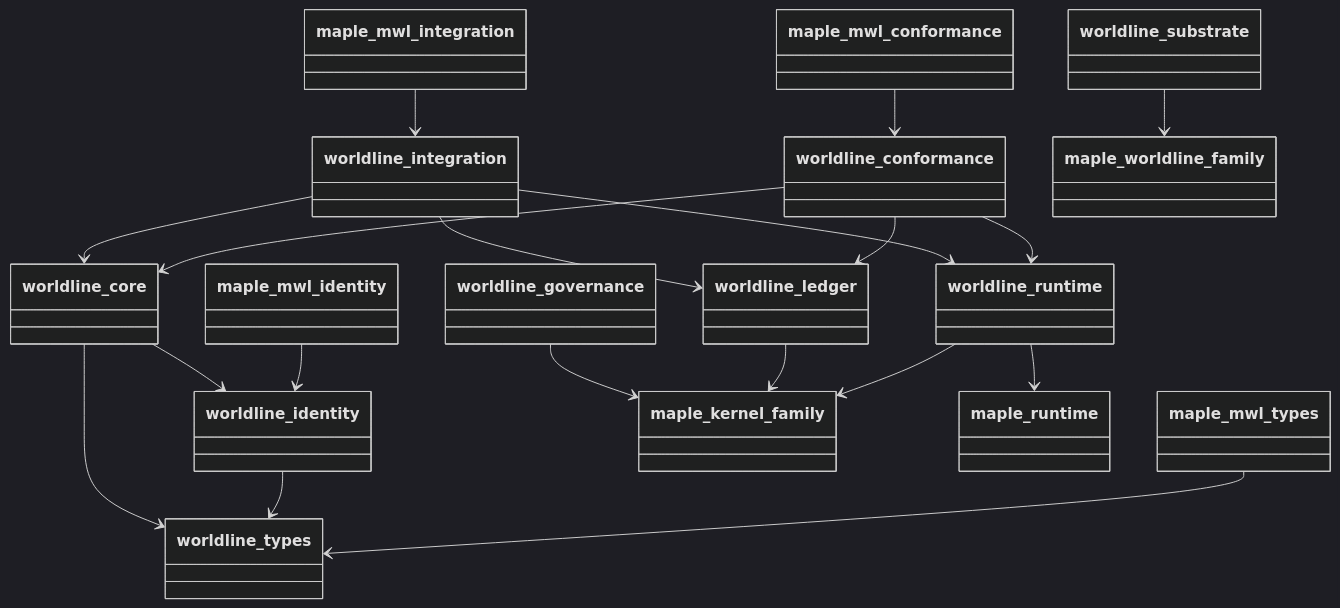
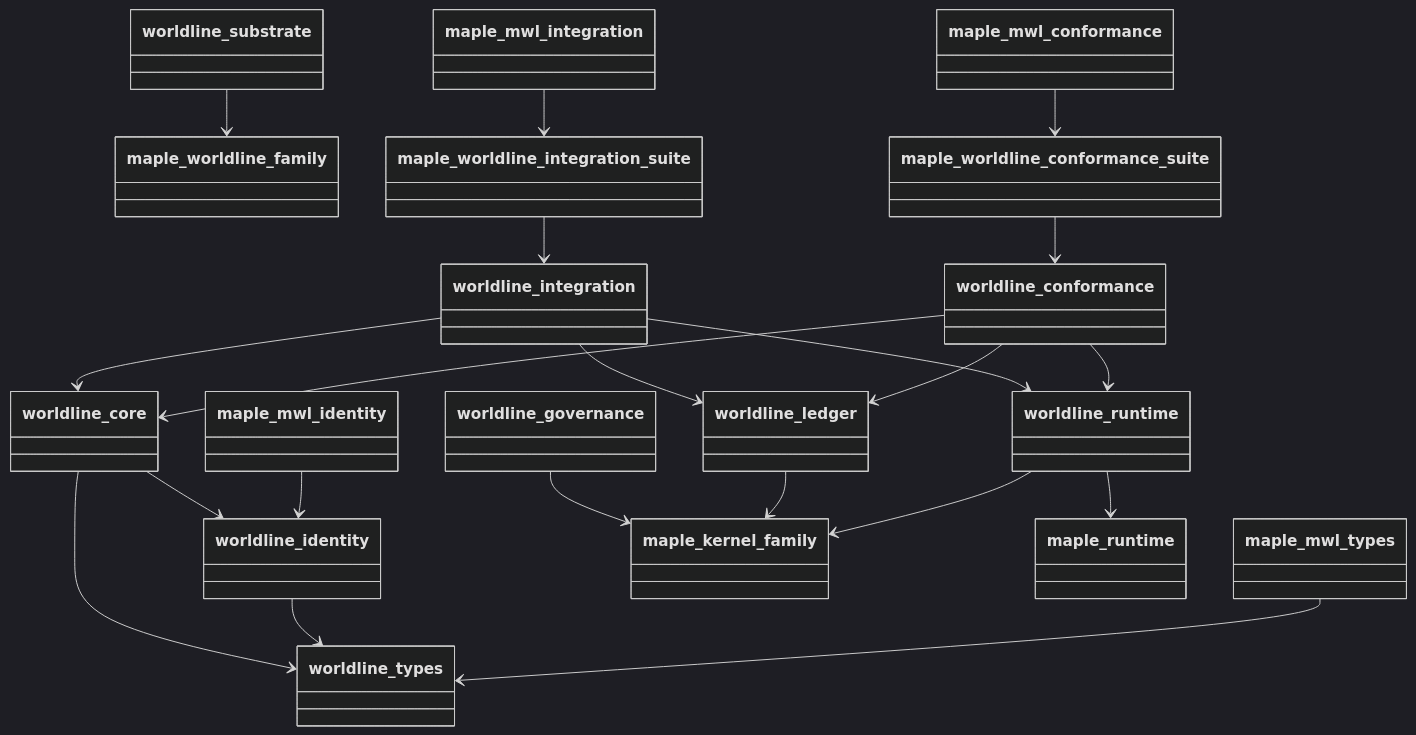
The second of 2 diagrams in docs/architecture/02-crate-layout.md (mapleaiorg/maple), drawn with Mermaid (dark theme) before and after one commit. The commit also changed other lines of this file and 52 other files, not shown here.

````diff
--- a/docs/architecture/02-crate-layout.md
+++ b/docs/architecture/02-crate-layout.md
@@ -113,39 +120,43 @@
 ```mermaid
 classDiagram
   class worldline_types
   class worldline_identity
   class worldline_core
   class worldline_runtime
   class worldline_ledger
   class worldline_governance
   class worldline_substrate
   class worldline_conformance
   class worldline_integration
 
   class maple_mwl_types
   class maple_mwl_identity
   class maple_kernel_family
   class maple_runtime
   class maple_worldline_family
+  class maple_worldline_conformance_suite
+  class maple_worldline_integration_suite
   class maple_mwl_conformance
   class maple_mwl_integration
 
   maple_mwl_types --> worldline_types
   maple_mwl_identity --> worldline_identity
   worldline_identity --> worldline_types
   worldline_core --> worldline_types
   worldline_core --> worldline_identity
   worldline_runtime --> maple_runtime
   worldline_runtime --> maple_kernel_family
   worldline_ledger --> maple_kernel_family
   worldline_governance --> maple_kernel_family
   worldline_substrate --> maple_worldline_family
-  maple_mwl_conformance --> worldline_conformance
+  maple_worldline_conformance_suite --> worldline_conformance
+  maple_mwl_conformance --> maple_worldline_conformance_suite
   worldline_conformance --> worldline_core
   worldline_conformance --> worldline_runtime
   worldline_conformance --> worldline_ledger
-  maple_mwl_integration --> worldline_integration
+  maple_worldline_integration_suite --> worldline_integration
+  maple_mwl_integration --> maple_worldline_integration_suite
   worldline_integration --> worldline_core
   worldline_integration --> worldline_runtime
   worldline_integration --> worldline_ledger
 ```
````
